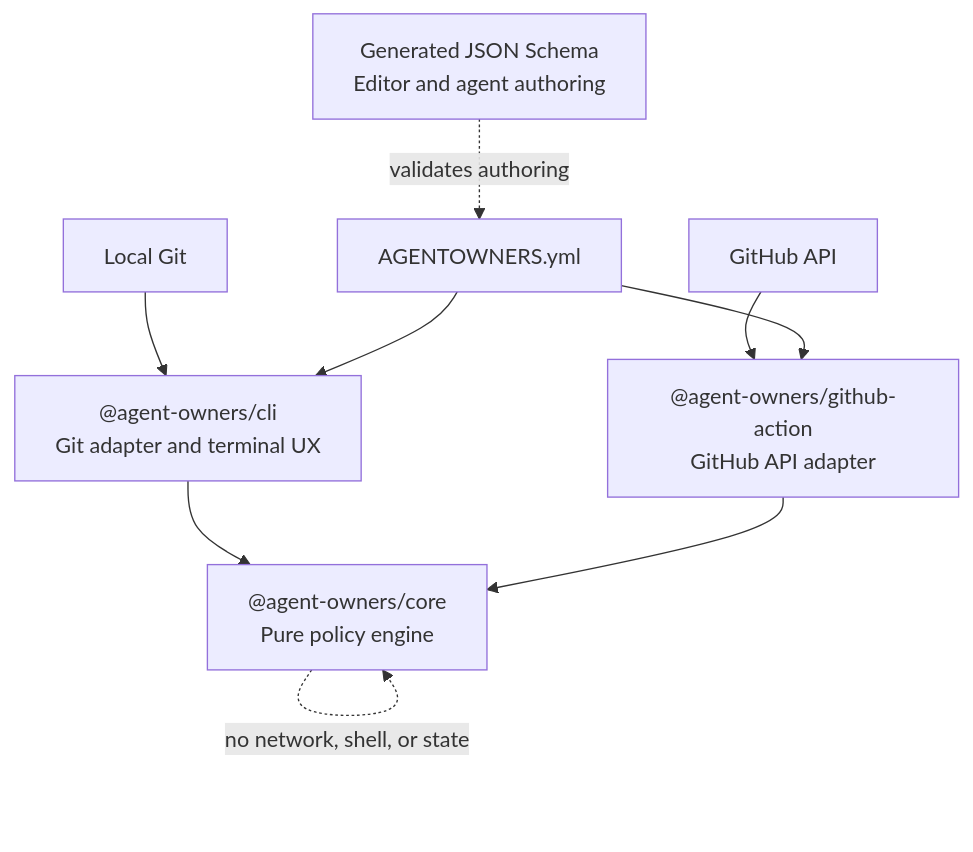
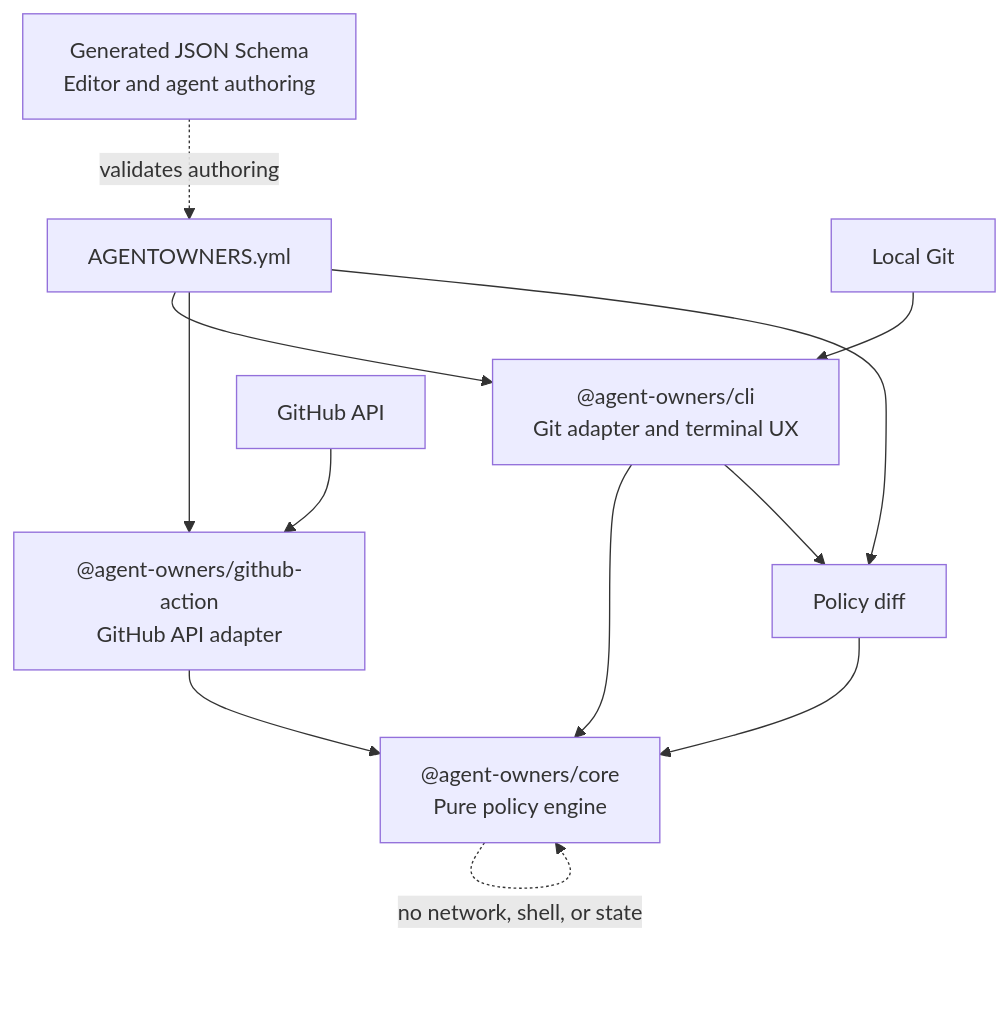
One commit to streamentry/AGENTOWNERS changed the second of 3 diagrams in docs/architecture.md. Above: the diagram before and after it, drawn with Mermaid. The commit also changed other lines of this file and 67 other files, not shown here.

First line of the commit message:
feat(cli): add deterministic policy diff evidence (#98)

````diff
--- a/docs/architecture.md
+++ b/docs/architecture.md
@@ -29,19 +31,22 @@
 ```mermaid
 flowchart TB
   CLI["@agent-owners/cli<br/>Git adapter and terminal UX"]
   ACTION["@agent-owners/github-action<br/>GitHub API adapter"]
   CORE["@agent-owners/core<br/>Pure policy engine"]
   POLICY["AGENTOWNERS.yml"]
   SCHEMA["Generated JSON Schema<br/>Editor and agent authoring"]
   GIT["Local Git"]
   GH["GitHub API"]
 
   GIT --> CLI
   GH --> ACTION
   POLICY --> CLI
   POLICY --> ACTION
   SCHEMA -. validates authoring .-> POLICY
   CLI --> CORE
   ACTION --> CORE
   CORE -. no network, shell, or state .-> CORE
+  POLICY --> DIFF[Policy diff]
+  CLI --> DIFF
+  DIFF --> CORE
 ```
````
